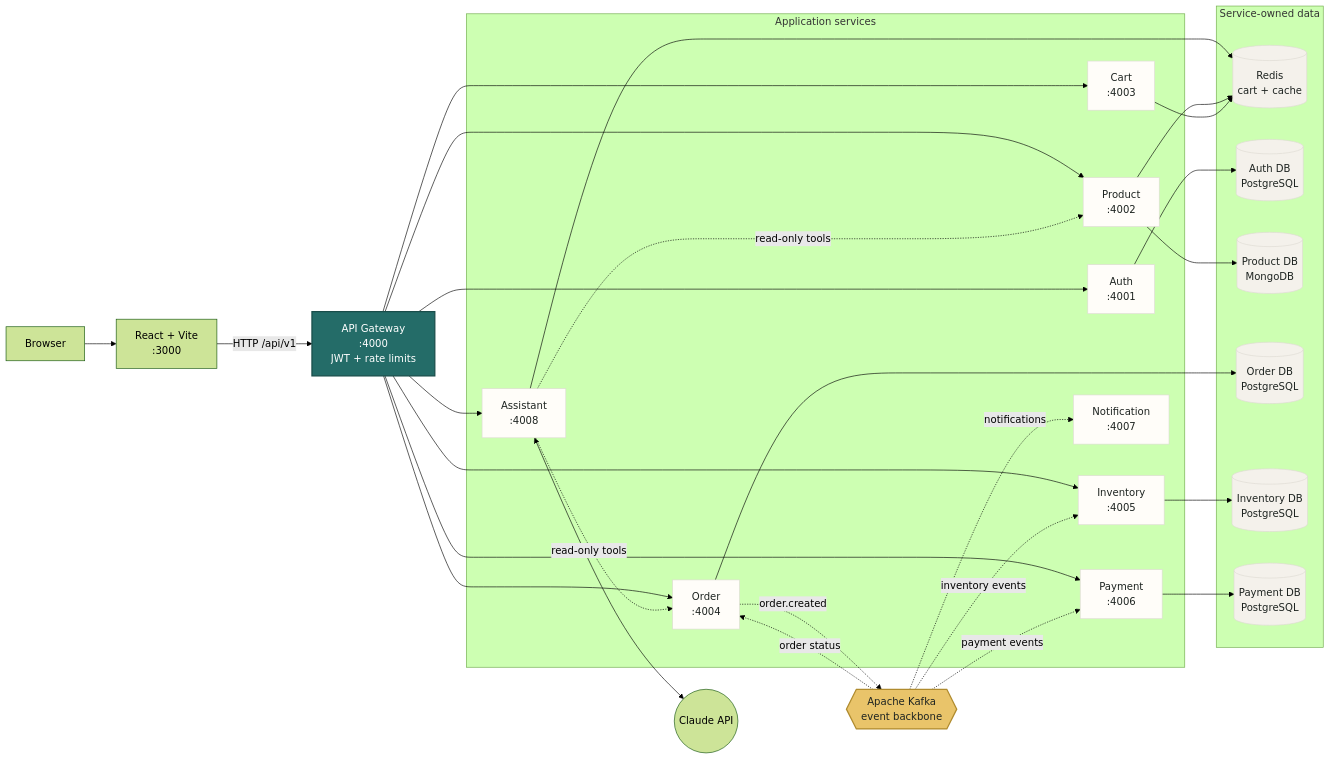
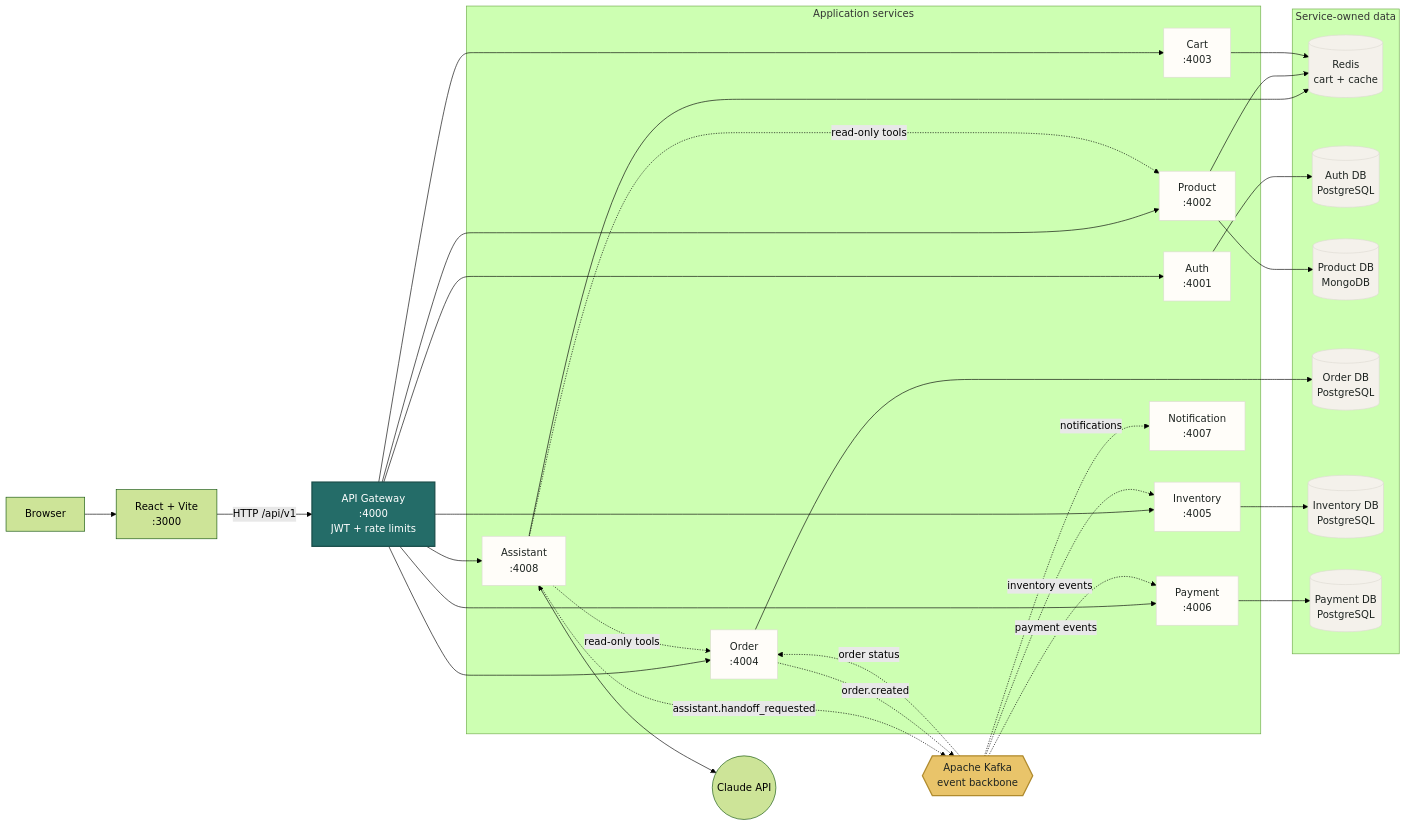
One commit to RVicky172/ECom_Microservices changed the diagram in README.md. Above: the diagram before and after it, drawn with Mermaid (forest theme). The commit also changed other lines of this file and 45 other files, not shown here.

First line of the commit message:
feat(011): store policies and human handoff in the assistant (#1)

````diff
--- a/README.md
+++ b/README.md
@@ -11,61 +11,62 @@
 ```mermaid
 flowchart LR
    browser["Browser"] --> frontend["React + Vite<br/>:3000"]
    frontend -->|HTTP /api/v1| gateway["API Gateway<br/>:4000<br/>JWT + rate limits"]
 
    subgraph services[Application services]
       auth["Auth<br/>:4001"]
       product["Product<br/>:4002"]
       cart["Cart<br/>:4003"]
       order["Order<br/>:4004"]
       inventory["Inventory<br/>:4005"]
       payment["Payment<br/>:4006"]
       notification["Notification<br/>:4007"]
       assistant["Assistant<br/>:4008"]
    end
 
    gateway --> auth
    gateway --> product
    gateway --> cart
    gateway --> order
    gateway --> inventory
    gateway --> payment
    gateway --> assistant
    assistant -. "read-only tools" .-> product
    assistant -. "read-only tools" .-> order
    assistant --> redis
    assistant <--> claude(("Claude API"))
+   assistant -. "assistant.handoff_requested" .-> kafka
 
    subgraph data[Service-owned data]
       authdb[(Auth DB<br/>PostgreSQL)]
       productdb[(Product DB<br/>MongoDB)]
       orderdb[(Order DB<br/>PostgreSQL)]
       inventorydb[(Inventory DB<br/>PostgreSQL)]
       paymentdb[(Payment DB<br/>PostgreSQL)]
       redis[(Redis<br/>cart + cache)]
    end
 
    auth --> authdb
    product --> productdb
    product --> redis
    cart --> redis
    order --> orderdb
    inventory --> inventorydb
    payment --> paymentdb
 
    kafka{{"Apache Kafka<br/>event backbone"}}
    order -. "order.created" .-> kafka
    kafka -. "inventory events" .-> inventory
    kafka -. "payment events" .-> payment
    kafka -. "order status" .-> order
    kafka -. "notifications" .-> notification
 
    classDef edge fill:#246c68,color:#fff,stroke:#194d4a,stroke-width:2px
    classDef service fill:#fffdf9,color:#1e2421,stroke:#dedbd3
    classDef data fill:#f4f1eb,color:#1e2421,stroke:#dedbd3
    classDef event fill:#e9c46a,color:#1e2421,stroke:#b08b2e,stroke-width:2px
    class gateway edge
    class auth,product,cart,order,inventory,payment,notification,assistant service
    class authdb,productdb,orderdb,inventorydb,paymentdb,redis data
    class kafka event
 ```
````
